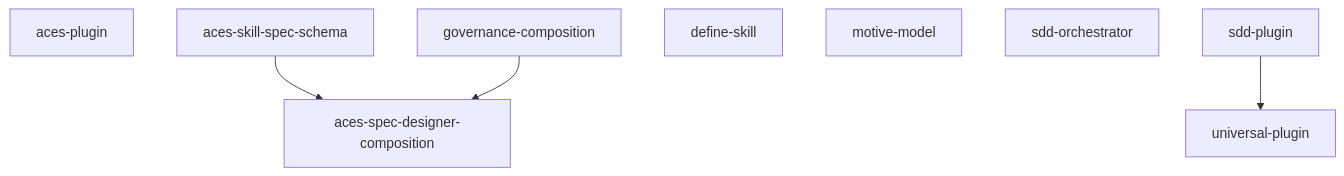
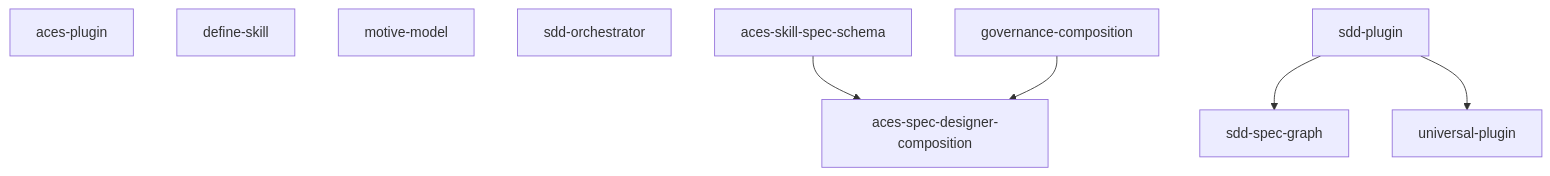
One commit to cyberuni/cyberplace changed the diagram in artifacts/specs/graph.md. Above: the diagram before and after it, drawn with Mermaid. The commit also changed other lines of this file and 9 other files, not shown here.

First line of the commit message:
feat(sdd): render-spec-graph skill renders the spec DAG to graph.md

````diff
--- a/artifacts/specs/graph.md
+++ b/artifacts/specs/graph.md
@@ -7,10 +7,11 @@
 ```mermaid
 graph TD
   aces-plugin
-  aces-skill-spec-schema --> aces-spec-designer-composition
-  governance-composition --> aces-spec-designer-composition
   define-skill
   motive-model
   sdd-orchestrator
+  aces-skill-spec-schema --> aces-spec-designer-composition
+  governance-composition --> aces-spec-designer-composition
+  sdd-plugin --> sdd-spec-graph
   sdd-plugin --> universal-plugin
 ```
````
